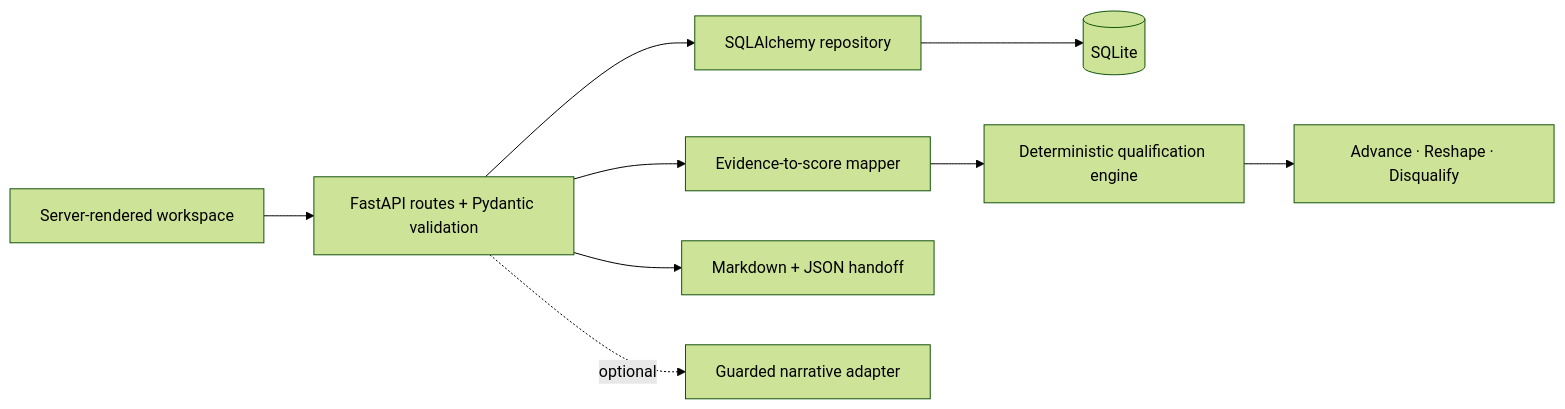
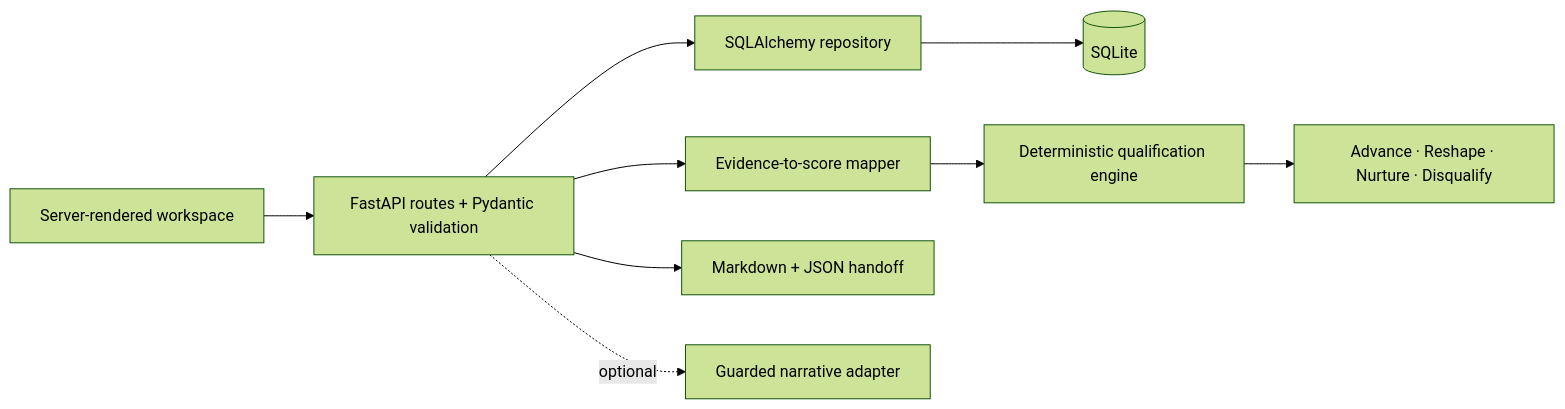
The diagram in README.md (daetan999/ai-infra-opportunity-workbench), drawn with Mermaid (forest theme) before and after one commit. The commit also changed other lines of this file and 3 other files, not shown here.

````diff
--- a/README.md
+++ b/README.md
@@ -62,11 +62,11 @@
 ```mermaid
 flowchart LR
     UI["Server-rendered workspace"] --> API["FastAPI routes + Pydantic validation"]
     API --> REPO["SQLAlchemy repository"]
     REPO --> DB[("SQLite")]
     API --> MAP["Evidence-to-score mapper"]
     MAP --> SCORE["Deterministic qualification engine"]
-    SCORE --> DECISION["Advance · Reshape · Disqualify"]
+    SCORE --> DECISION["Advance · Reshape · Nurture · Disqualify"]
     API --> EXPORT["Markdown + JSON handoff"]
     API -. optional .-> NARRATIVE["Guarded narrative adapter"]
 ```
````
